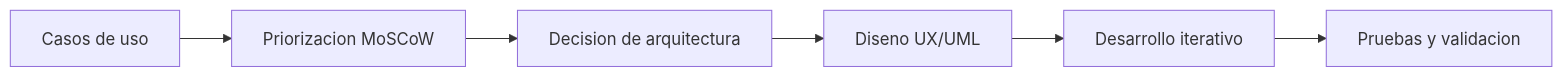
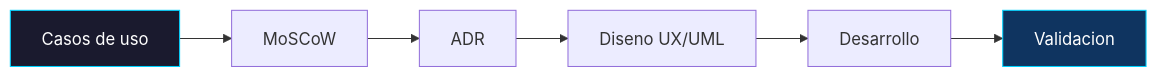
Before and after one commit to ramarstudio/RAMar_Repo: the diagram in docs/ingenieria/index.md, drawn with Mermaid. The commit also changed other lines of this file and 11 other files, not shown here.

````diff
--- a/docs/ingenieria/index.md
+++ b/docs/ingenieria/index.md
@@ -9,8 +13,11 @@
 ```mermaid
 graph LR
-    A[Casos de uso] --> B[Priorizacion MoSCoW]
-    B --> C[Decision de arquitectura]
+    A[Casos de uso] --> B[MoSCoW]
+    B --> C[ADR]
     C --> D[Diseno UX/UML]
-    D --> E[Desarrollo iterativo]
-    E --> F[Pruebas y validacion]
+    D --> E[Desarrollo]
+    E --> F[Validacion]
+
+    style A fill:#1a1a2e,stroke:#00d2ff,color:#fff
+    style F fill:#0f3460,stroke:#00d2ff,color:#fff
 ```
````
